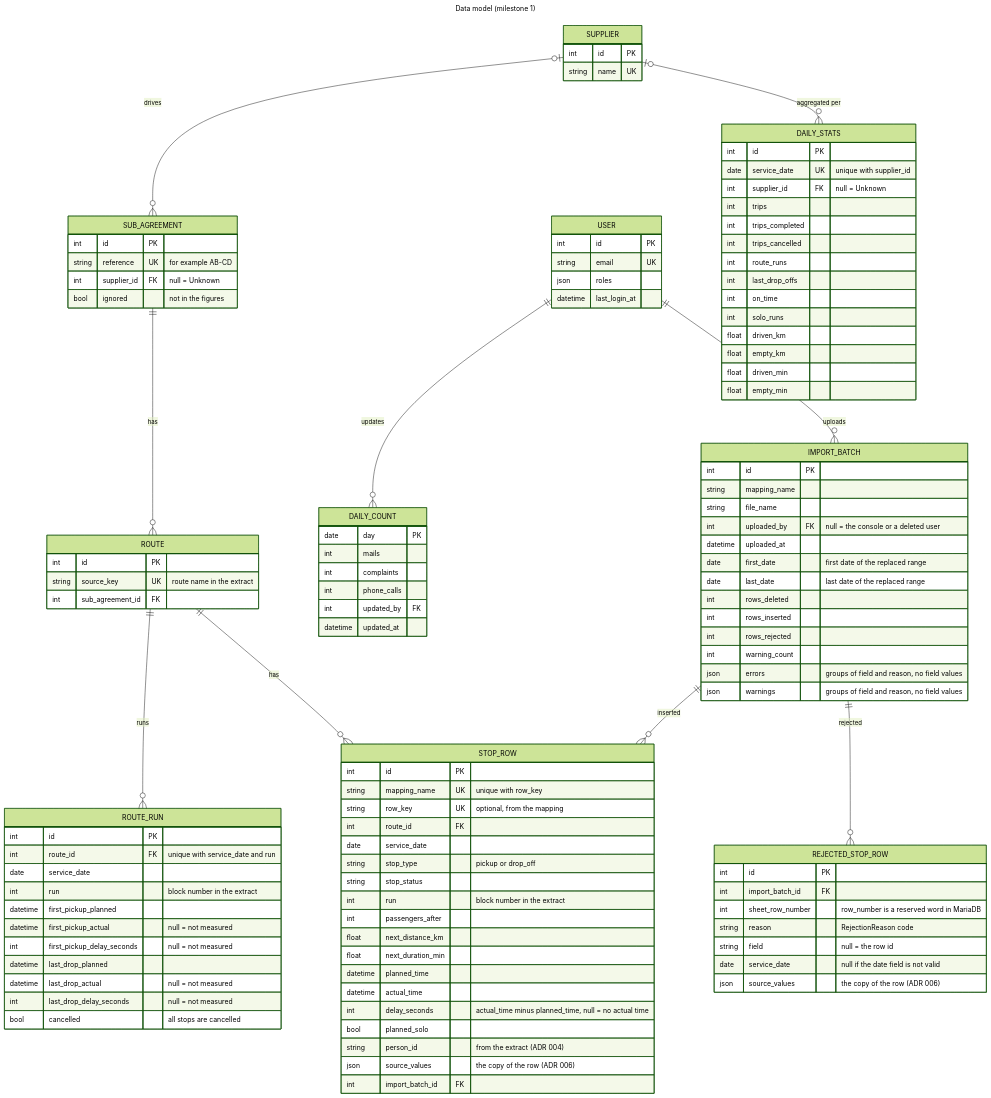
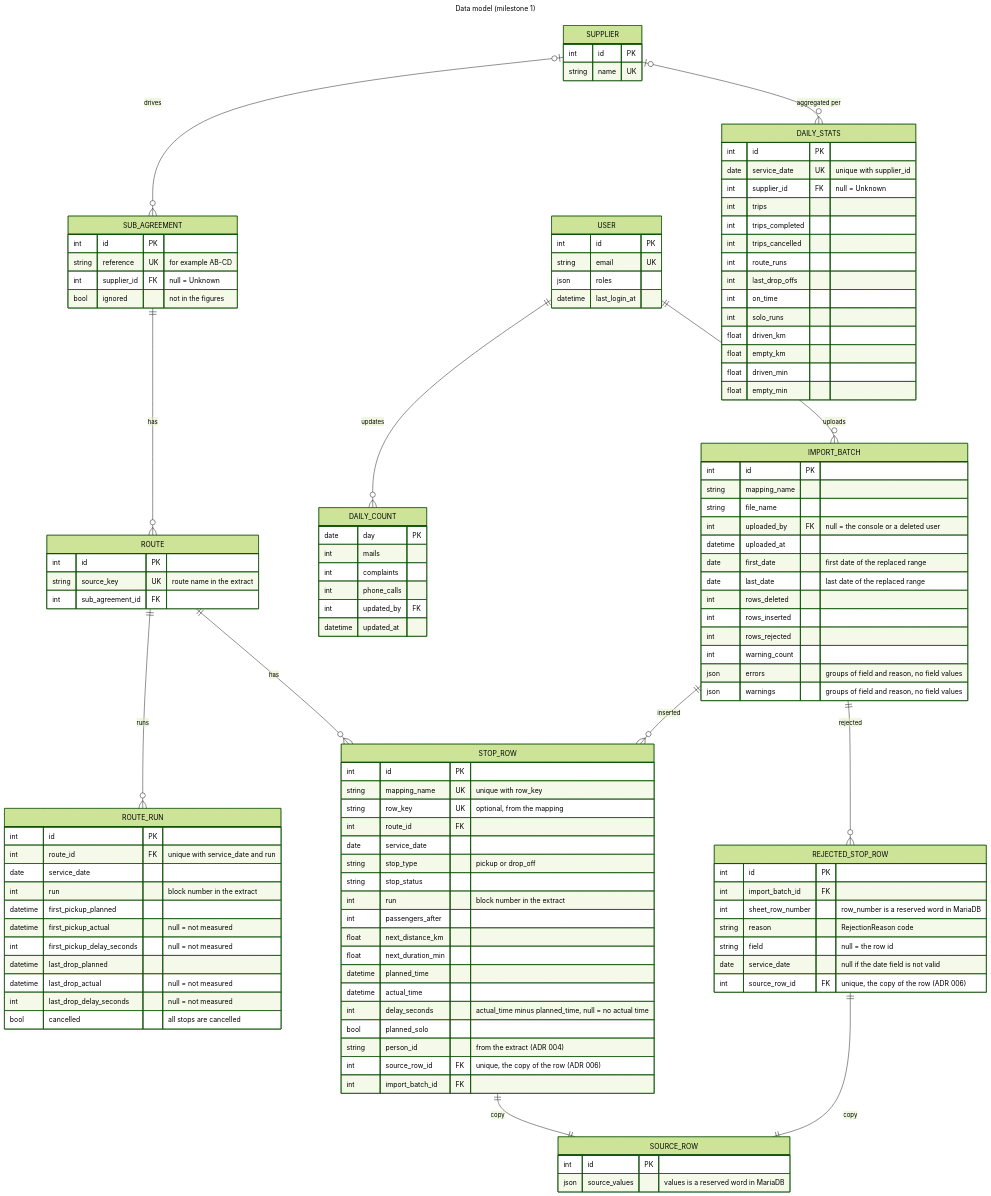
One commit to itk-dev/koerselsoverblik changed the fourth of 7 diagrams in docs/architecture.md. Above: the diagram before and after it, drawn with Mermaid (forest theme). The commit also changed other lines of this file and 21 other files, not shown here.

First line of the commit message:
feat: keep the copy of a row in its own entity

```diff
--- a/docs/architecture.md
+++ b/docs/architecture.md
@@ -234,6 +234,8 @@
     ROUTE ||--o{ STOP_ROW : "has"
     IMPORT_BATCH ||--o{ STOP_ROW : "inserted"
     IMPORT_BATCH ||--o{ REJECTED_STOP_ROW : "rejected"
+    STOP_ROW ||--|| SOURCE_ROW : "copy"
+    REJECTED_STOP_ROW ||--|| SOURCE_ROW : "copy"
     SUPPLIER |o--o{ DAILY_STATS : "aggregated per"
 
     USER {
@@ -289,7 +291,7 @@
         int delay_seconds "actual_time minus planned_time, null = no actual time"
         bool planned_solo
         string person_id "from the extract (ADR 004)"
-        json source_values "the copy of the row (ADR 006)"
+        int source_row_id FK "unique, the copy of the row (ADR 006)"
         int import_batch_id FK
     }
     REJECTED_STOP_ROW {
@@ -299,7 +301,11 @@
         string reason "RejectionReason code"
         string field "null = the row id"
         date service_date "null if the date field is not valid"
-        json source_values "the copy of the row (ADR 006)"
+        int source_row_id FK "unique, the copy of the row (ADR 006)"
+    }
+    SOURCE_ROW {
+        int id PK
+        json source_values "values is a reserved word in MariaDB"
     }
     ROUTE_RUN {
         int id PK
```
